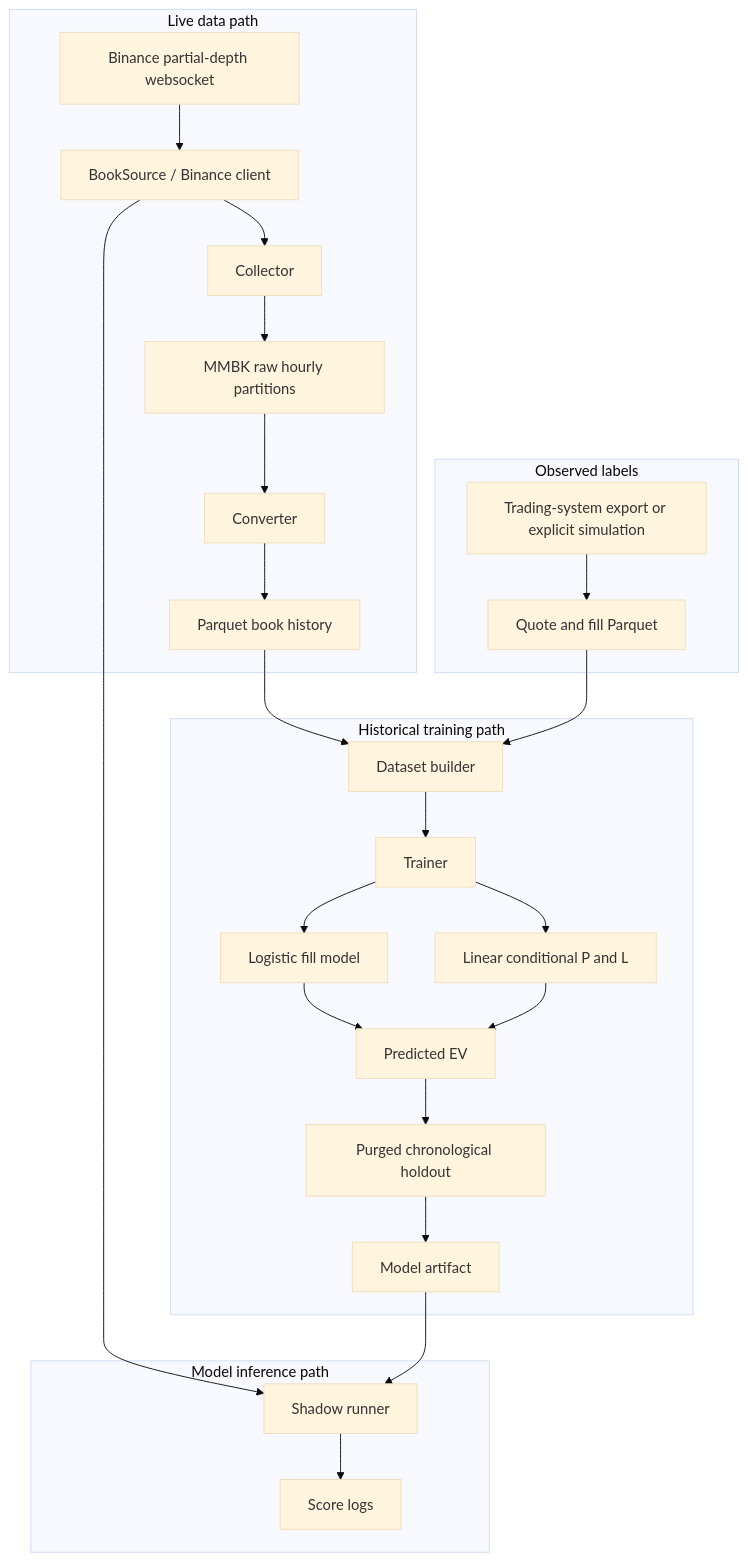
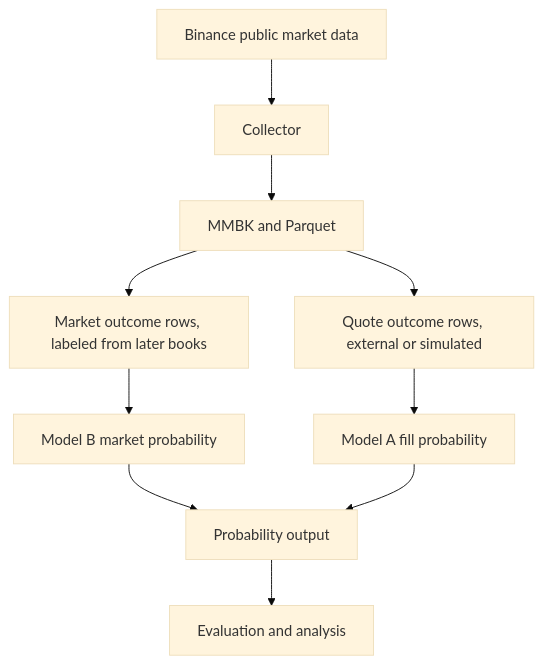
Before and after one commit to Kolzodev712/mm-model: the first of 5 diagrams in README.md, drawn with Mermaid (base theme). The commit also changed other lines of this file and 46 other files, not shown here.

````diff
--- a/README.md
+++ b/README.md
@@ -21,44 +21,19 @@
 ```mermaid
 flowchart TD
-  subgraph live [Live data path]
-    Binance[Binance partial-depth websocket]
-    Client[BookSource / Binance client]
-    Collector[Collector]
-    MMBK[MMBK raw hourly partitions]
-    Converter[Converter]
-    Books[Parquet book history]
-    Binance --> Client --> Collector --> MMBK --> Converter --> Books
-  end
+  Binance[Binance public market data]
+  Collector[Collector]
+  Store[MMBK and Parquet]
+  MarketData[Market outcome rows, labeled from later books]
+  QuoteData[Quote outcome rows, external or simulated]
+  ModelB[Model B market probability]
+  ModelA[Model A fill probability]
+  Output[Probability output]
+  Eval[Evaluation and analysis]
 
-  subgraph labels [Observed labels]
-    Export[Trading-system export or explicit simulation]
-    Quotes[Quote and fill Parquet]
-    Export --> Quotes
-  end
-
-  subgraph train [Historical training path]
-    Builder[Dataset builder]
-    Trainer[Trainer]
-    Fill[Logistic fill model]
-    Pnl[Linear conditional P and L]
-    Ev[Predicted EV]
-    Holdout[Purged chronological holdout]
-    Artifact[Model artifact]
-    Books --> Builder
-    Quotes --> Builder
-    Builder --> Trainer
-    Trainer --> Fill
-    Trainer --> Pnl
-    Fill --> Ev
-    Pnl --> Ev
-    Ev --> Holdout --> Artifact
-  end
-
-  subgraph infer [Model inference path]
-    Shadow[Shadow runner]
-    Logs[Score logs]
-    Client --> Shadow
-    Artifact --> Shadow
-    Shadow --> Logs
-  end
+  Binance --> Collector --> Store
+  Store --> MarketData --> ModelB
+  Store --> QuoteData --> ModelA
+  ModelB --> Output
+  ModelA --> Output
+  Output --> Eval
 ```
````
